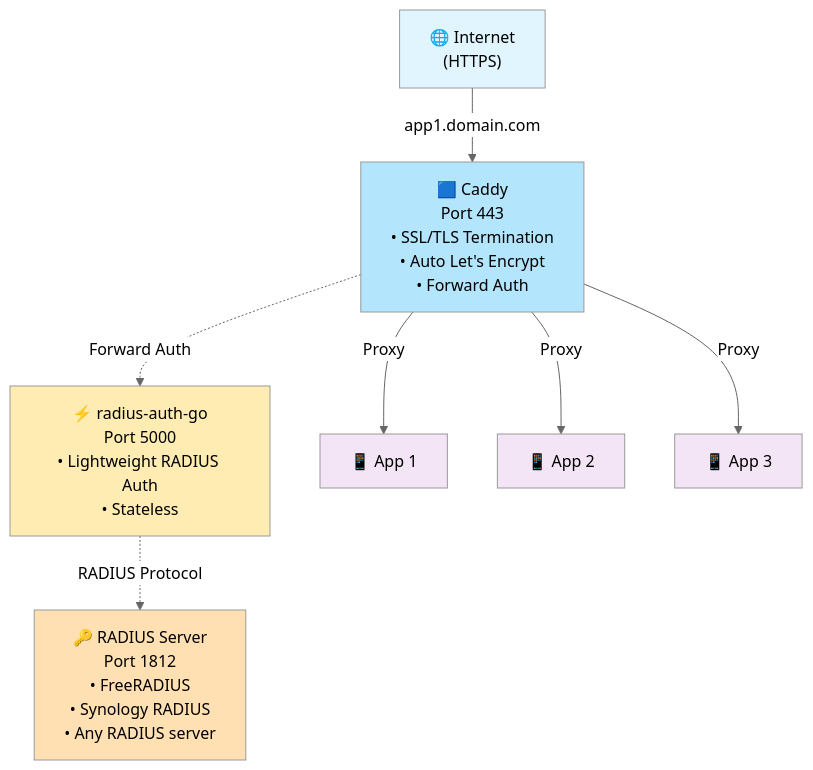
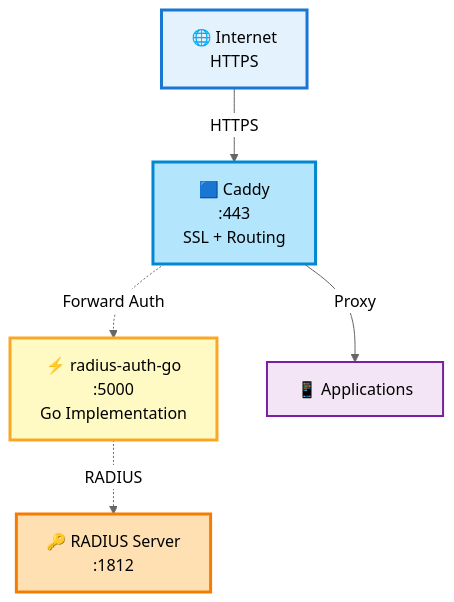
Before and after one commit to okigan/revproxauth: the second of 4 diagrams in README.md, drawn with Mermaid (neutral theme). The commit also changed other lines of this file and 3 other files, not shown here.

First line of the commit message:
Update README diagrams and wording; add Python packaging & multi-stage Dockerfile for radius-auth-py

````diff
--- a/README.md
+++ b/README.md
@@ -88,25 +82,19 @@
 ```mermaid
 graph TB
-    Internet["🌐 Internet<br/>(HTTPS)"]
-    Caddy["🟦 Caddy<br/>Port 443<br/>• SSL/TLS Termination<br/>• Auto Let's Encrypt<br/>• Forward Auth"]
-    AuthGo["⚡ radius-auth-go<br/>Port 5000<br/>• Lightweight RADIUS Auth<br/>• Stateless"]
-    RADIUS["🔑 RADIUS Server<br/>Port 1812<br/>• FreeRADIUS<br/>• Synology RADIUS<br/>• Any RADIUS server"]
-    App1["📱 App 1"]
-    App2["📱 App 2"]
-    App3["📱 App 3"]
+    Internet["🌐 Internet<br/>HTTPS"]
+    Caddy["🟦 Caddy<br/>:443<br/>SSL + Routing"]
+    AuthGo["⚡ radius-auth-go<br/>:5000<br/>Go Implementation"]
+    RADIUS["🔑 RADIUS Server<br/>:1812"]
+    Apps["📱 Applications"]
     
-    Internet -->|"app1.domain.com"| Caddy
-    Caddy -.->|"Forward Auth"| AuthGo
-    AuthGo -.->|"RADIUS Protocol"| RADIUS
-    Caddy -->|"Proxy"| App1
-    Caddy -->|"Proxy"| App2
-    Caddy -->|"Proxy"| App3
+    Internet -->|HTTPS| Caddy
+    Caddy -.->|Forward Auth| AuthGo
+    AuthGo -.->|RADIUS| RADIUS
+    Caddy -->|Proxy| Apps
     
-    style Internet fill:#e1f5ff
-    style Caddy fill:#b3e5fc
-    style AuthGo fill:#ffecb3
-    style RADIUS fill:#ffe0b2
-    style App1 fill:#f3e5f5
-    style App2 fill:#f3e5f5
-    style App3 fill:#f3e5f5
+    style Internet fill:#e3f2fd,stroke:#1976d2,stroke-width:3px
+    style Caddy fill:#b3e5fc,stroke:#0288d1,stroke-width:3px
+    style AuthGo fill:#fff9c4,stroke:#f9a825,stroke-width:3px
+    style RADIUS fill:#ffe0b2,stroke:#f57c00,stroke-width:3px
+    style Apps fill:#f3e5f5,stroke:#7b1fa2,stroke-width:2px
 ```
````
